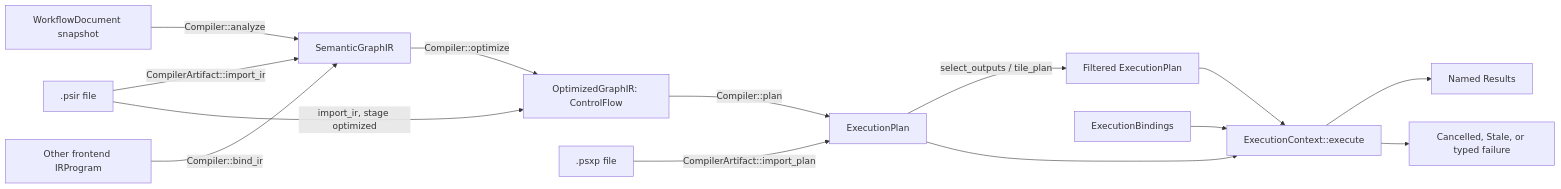
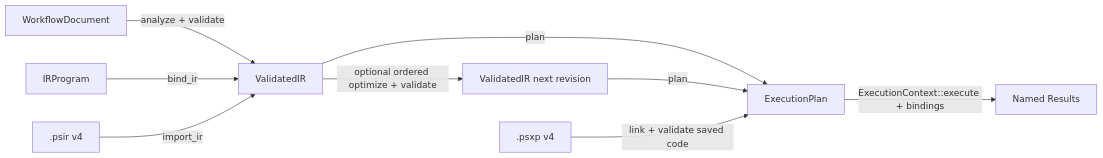
Before and after one commit to kevin-zf1123/photospider: the first of 2 diagrams in docs/kernel-architecture/Compiler-and-Execution.md, drawn with Mermaid. The commit also changed other lines of this file and 176 other files, not shown here.

````diff
--- a/docs/kernel-architecture/Compiler-and-Execution.md
+++ b/docs/kernel-architecture/Compiler-and-Execution.md
@@ -13,16 +15,11 @@
 ```mermaid
 flowchart LR
-    DAG[WorkflowDocument snapshot] -->|Compiler::analyze| S[SemanticGraphIR]
-    FE[Other frontend IRProgram] -->|Compiler::bind_ir| S
-    PSIR[.psir file] -->|CompilerArtifact::import_ir| S
-    PSIR -->|import_ir, stage optimized| O
-    S -->|Compiler::optimize| O[OptimizedGraphIR: ControlFlow]
-    O -->|Compiler::plan| P[ExecutionPlan]
-    PSXP[.psxp file] -->|CompilerArtifact::import_plan| P
-    P -->|select_outputs / tile_plan| P2[Filtered ExecutionPlan]
-    P --> X[ExecutionContext::execute]
-    P2 --> X
-    B[ExecutionBindings] --> X
-    X --> R[Named Results]
-    X --> E[Cancelled, Stale, or typed failure]
+    DAG[WorkflowDocument] -->|analyze + validate| IR[ValidatedIR]
+    FE[IRProgram] -->|bind_ir| IR
+    PSIR[.psir v4] -->|import_ir| IR
+    IR -->|optional ordered optimize + validate| NEXT[ValidatedIR next revision]
+    IR -->|plan| P[ExecutionPlan]
+    NEXT -->|plan| P
+    PSXP[.psxp v4] -->|link + validate saved code| P
+    P -->|ExecutionContext::execute + bindings| R[Named Results]
 ```
````
